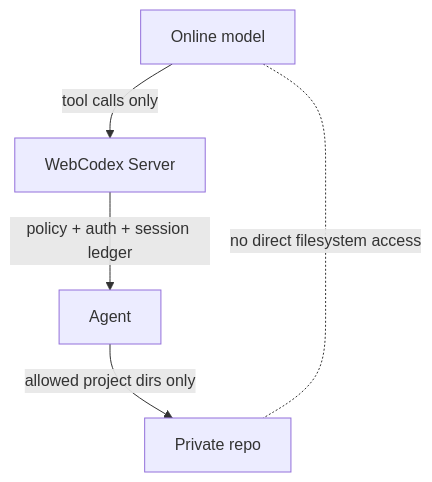
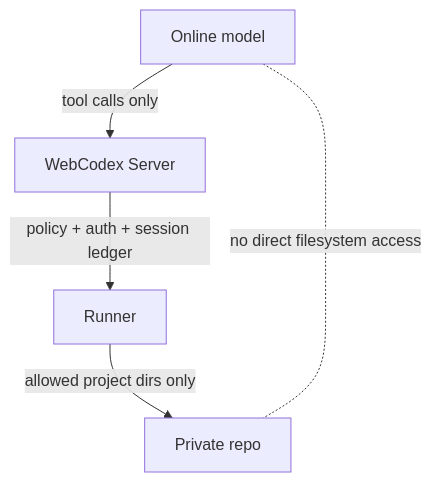
The second of 2 diagrams in docs/ARCHITECTURE.md (ITSGJY/webcodex), drawn with Mermaid before and after one commit. The commit also changed other lines of this file and 92 other files, not shown here.

````diff
--- a/docs/ARCHITECTURE.md
+++ b/docs/ARCHITECTURE.md
@@ -58,7 +97,7 @@
 ```mermaid
 flowchart TD
   M[Online model] -->|tool calls only| S[WebCodex Server]
-  S -->|policy + auth + session ledger| A[Agent]
-  A -->|allowed project dirs only| R[Private repo]
-  M -. no direct filesystem access .- R
+  S -->|policy + auth + session ledger| R[Runner]
+  R -->|allowed project dirs only| P[Private repo]
+  M -. no direct filesystem access .- P
 ```
````
